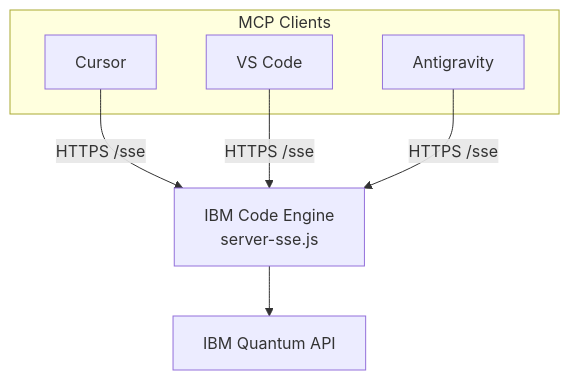
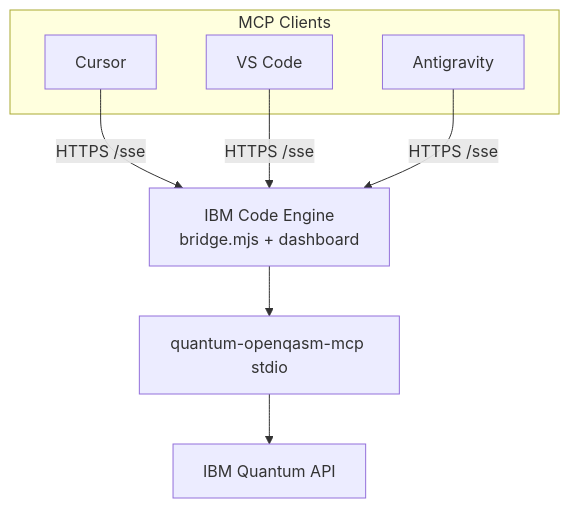
One commit to markusvankempen/quantum-openqasm-assistant changed the third of 4 diagrams in docs/deployments/DEPLOYMENT-SCENARIOS.md. Above: the diagram before and after it, drawn with Mermaid. The commit also changed other lines of this file and 26 other files, not shown here.

First line of the commit message:
Publish Code Engine deployment assets without bridge.mjs.

````diff
--- a/docs/deployments/DEPLOYMENT-SCENARIOS.md
+++ b/docs/deployments/DEPLOYMENT-SCENARIOS.md
@@ -126,16 +128,17 @@
 ```mermaid
 graph TB
     subgraph clients [MCP Clients]
         C1[Cursor]
         C2[VS Code]
         C3[Antigravity]
     end
 
-    CE[IBM Code Engine<br/>server-sse.js]
+    CE[IBM Code Engine<br/>bridge.mjs + dashboard]
+    MCP[quantum-openqasm-mcp stdio]
     IBM[IBM Quantum API]
 
     C1 -->|HTTPS /sse| CE
     C2 -->|HTTPS /sse| CE
     C3 -->|HTTPS /sse| CE
-    CE --> IBM
+    CE --> MCP --> IBM
 ```
````
